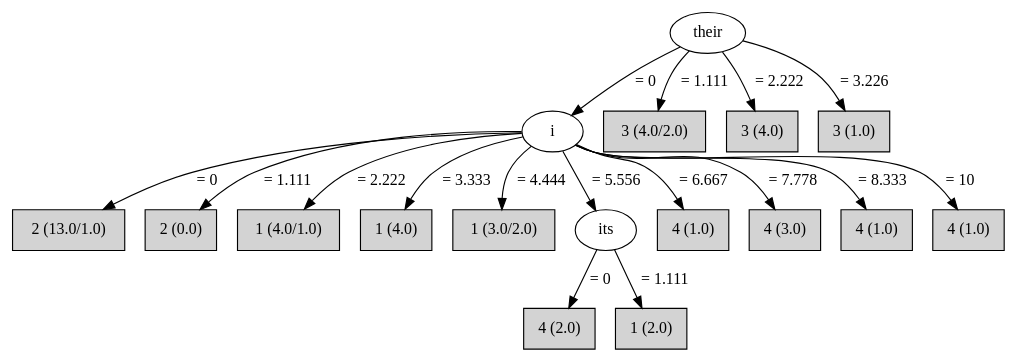
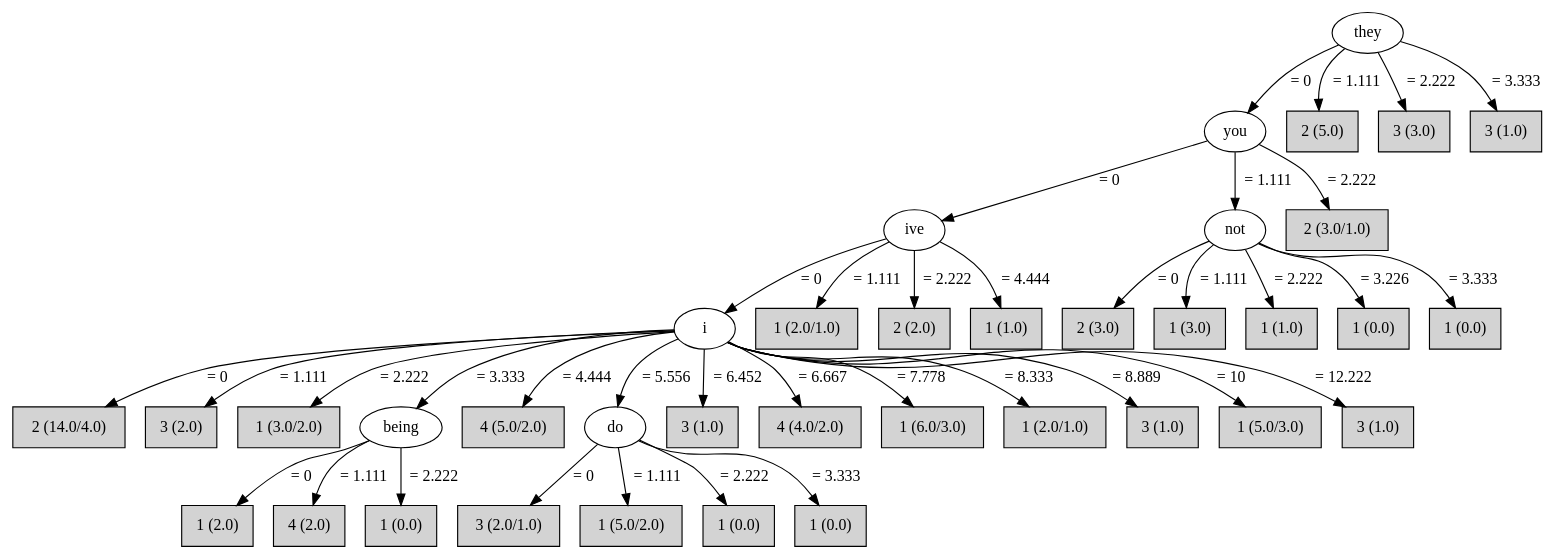
The diagram in app/assets/images/dots/class4.dot (einnor/StylometryProject), drawn with Graphviz before and after one commit. The commit also changed 137 other files, not shown here.

```diff
--- a/app/assets/images/dots/class4.dot
+++ b/app/assets/images/dots/class4.dot
@@ -1,35 +1,75 @@
 digraph J48Tree {
-N0 [label="their" ]
+N0 [label="they" ]
 N0->N1 [label="= 0"]
-N1 [label="i" ]
+N1 [label="you" ]
 N1->N2 [label="= 0"]
-N2 [label="2 (13.0/1.0)" shape=box style=filled ]
-N1->N3 [label="= 1.111"]
-N3 [label="2 (0.0)" shape=box style=filled ]
-N1->N4 [label="= 2.222"]
-N4 [label="1 (4.0/1.0)" shape=box style=filled ]
-N1->N5 [label="= 3.333"]
-N5 [label="1 (4.0)" shape=box style=filled ]
-N1->N6 [label="= 4.444"]
+N2 [label="ive" ]
+N2->N3 [label="= 0"]
+N3 [label="i" ]
+N3->N4 [label="= 0"]
+N4 [label="2 (14.0/4.0)" shape=box style=filled ]
+N3->N5 [label="= 1.111"]
+N5 [label="3 (2.0)" shape=box style=filled ]
+N3->N6 [label="= 2.222"]
 N6 [label="1 (3.0/2.0)" shape=box style=filled ]
-N1->N7 [label="= 5.556"]
-N7 [label="its" ]
+N3->N7 [label="= 3.333"]
+N7 [label="being" ]
 N7->N8 [label="= 0"]
-N8 [label="4 (2.0)" shape=box style=filled ]
+N8 [label="1 (2.0)" shape=box style=filled ]
 N7->N9 [label="= 1.111"]
-N9 [label="1 (2.0)" shape=box style=filled ]
-N1->N10 [label="= 6.667"]
-N10 [label="4 (1.0)" shape=box style=filled ]
-N1->N11 [label="= 7.778"]
-N11 [label="4 (3.0)" shape=box style=filled ]
-N1->N12 [label="= 8.333"]
-N12 [label="4 (1.0)" shape=box style=filled ]
-N1->N13 [label="= 10"]
-N13 [label="4 (1.0)" shape=box style=filled ]
-N0->N14 [label="= 1.111"]
-N14 [label="3 (4.0/2.0)" shape=box style=filled ]
-N0->N15 [label="= 2.222"]
-N15 [label="3 (4.0)" shape=box style=filled ]
-N0->N16 [label="= 3.226"]
-N16 [label="3 (1.0)" shape=box style=filled ]
+N9 [label="4 (2.0)" shape=box style=filled ]
+N7->N10 [label="= 2.222"]
+N10 [label="1 (0.0)" shape=box style=filled ]
+N3->N11 [label="= 4.444"]
+N11 [label="4 (5.0/2.0)" shape=box style=filled ]
+N3->N12 [label="= 5.556"]
+N12 [label="do" ]
+N12->N13 [label="= 0"]
+N13 [label="3 (2.0/1.0)" shape=box style=filled ]
+N12->N14 [label="= 1.111"]
+N14 [label="1 (5.0/2.0)" shape=box style=filled ]
+N12->N15 [label="= 2.222"]
+N15 [label="1 (0.0)" shape=box style=filled ]
+N12->N16 [label="= 3.333"]
+N16 [label="1 (0.0)" shape=box style=filled ]
+N3->N17 [label="= 6.452"]
+N17 [label="3 (1.0)" shape=box style=filled ]
+N3->N18 [label="= 6.667"]
+N18 [label="4 (4.0/2.0)" shape=box style=filled ]
+N3->N19 [label="= 7.778"]
+N19 [label="1 (6.0/3.0)" shape=box style=filled ]
+N3->N20 [label="= 8.333"]
+N20 [label="1 (2.0/1.0)" shape=box style=filled ]
+N3->N21 [label="= 8.889"]
+N21 [label="3 (1.0)" shape=box style=filled ]
+N3->N22 [label="= 10"]
+N22 [label="1 (5.0/3.0)" shape=box style=filled ]
+N3->N23 [label="= 12.222"]
+N23 [label="3 (1.0)" shape=box style=filled ]
+N2->N24 [label="= 1.111"]
+N24 [label="1 (2.0/1.0)" shape=box style=filled ]
+N2->N25 [label="= 2.222"]
+N25 [label="2 (2.0)" shape=box style=filled ]
+N2->N26 [label="= 4.444"]
+N26 [label="1 (1.0)" shape=box style=filled ]
+N1->N27 [label="= 1.111"]
+N27 [label="not" ]
+N27->N28 [label="= 0"]
+N28 [label="2 (3.0)" shape=box style=filled ]
+N27->N29 [label="= 1.111"]
+N29 [label="1 (3.0)" shape=box style=filled ]
+N27->N30 [label="= 2.222"]
+N30 [label="1 (1.0)" shape=box style=filled ]
+N27->N31 [label="= 3.226"]
+N31 [label="1 (0.0)" shape=box style=filled ]
+N27->N32 [label="= 3.333"]
+N32 [label="1 (0.0)" shape=box style=filled ]
+N1->N33 [label="= 2.222"]
+N33 [label="2 (3.0/1.0)" shape=box style=filled ]
+N0->N34 [label="= 1.111"]
+N34 [label="2 (5.0)" shape=box style=filled ]
+N0->N35 [label="= 2.222"]
+N35 [label="3 (3.0)" shape=box style=filled ]
+N0->N36 [label="= 3.333"]
+N36 [label="3 (1.0)" shape=box style=filled ]
 }
```
